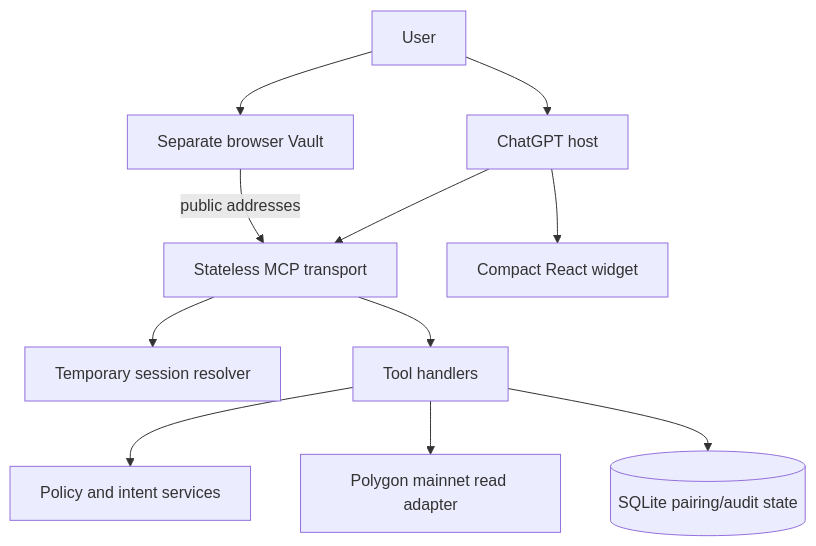
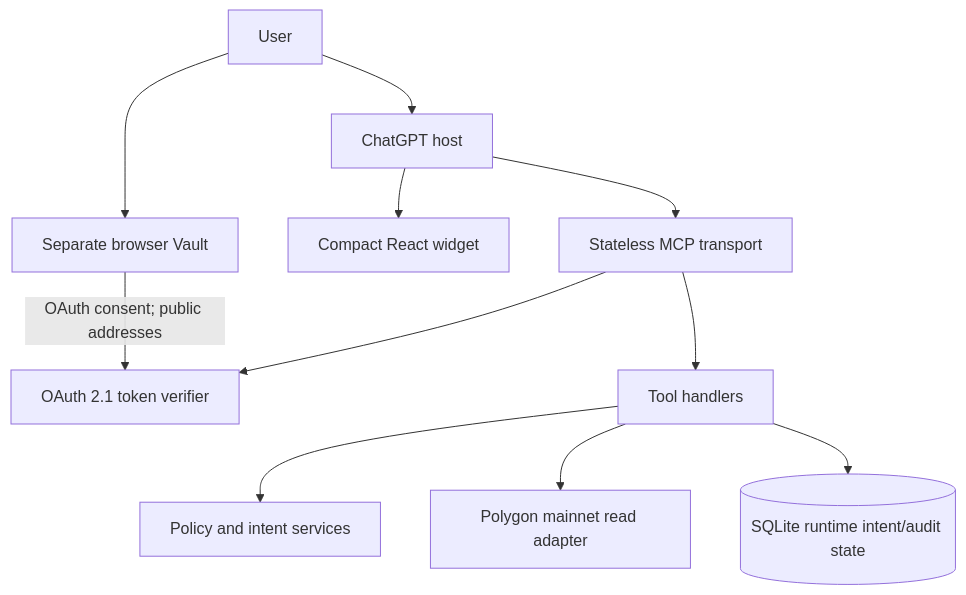
Before and after one commit to coinsecuritiescompany/GPT-wallet-AiFinPay: the first of 2 diagrams in docs/ARCHITECTURE.md, drawn with Mermaid. The commit also changed other lines of this file and 30 other files, not shown here.

````diff
--- a/docs/ARCHITECTURE.md
+++ b/docs/ARCHITECTURE.md
@@ -5,13 +5,13 @@
 ```mermaid
 flowchart TD
     U["User"] --> C["ChatGPT host"]
     C --> M["Stateless MCP transport"]
-    M --> A["Temporary session resolver"]
+    M --> A["OAuth 2.1 token verifier"]
     M --> T["Tool handlers"]
     T --> P["Policy and intent services"]
     T --> R["Polygon mainnet read adapter"]
-    T --> S[("SQLite pairing/audit state")]
+    T --> S[("SQLite runtime intent/audit state")]
     C --> W["Compact React widget"]
     U --> V["Separate browser Vault"]
-    V -->|"public addresses"| M
+    V -->|"OAuth consent; public addresses"| A
 ```
````
